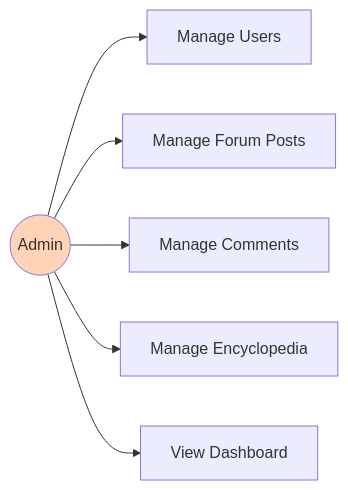
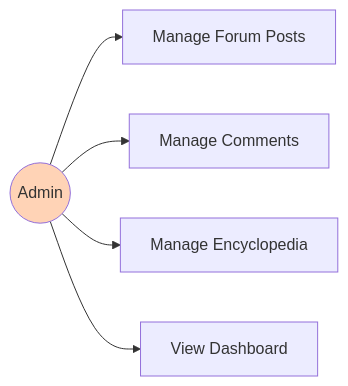
Before and after one commit to abdullah2323442/practice: the third of 15 diagrams in system documentation.md, drawn with Mermaid. The commit also changed other lines of this file, not shown here.

````diff
--- a/system documentation.md
+++ b/system documentation.md
@@ -83,12 +83,11 @@
 ```mermaid
 graph LR
     Admin((Admin))
     
-    Admin --> UC1[Manage Users]
-    Admin --> UC2[Manage Forum Posts]
-    Admin --> UC3[Manage Comments]
-    Admin --> UC4[Manage Encyclopedia]
-    Admin --> UC5[View Dashboard]
+    Admin --> UC1[Manage Forum Posts]
+    Admin --> UC2[Manage Comments]
+    Admin --> UC3[Manage Encyclopedia]
+    Admin --> UC4[View Dashboard]
     
     style Admin fill:#ffd3b6
 ```
````
